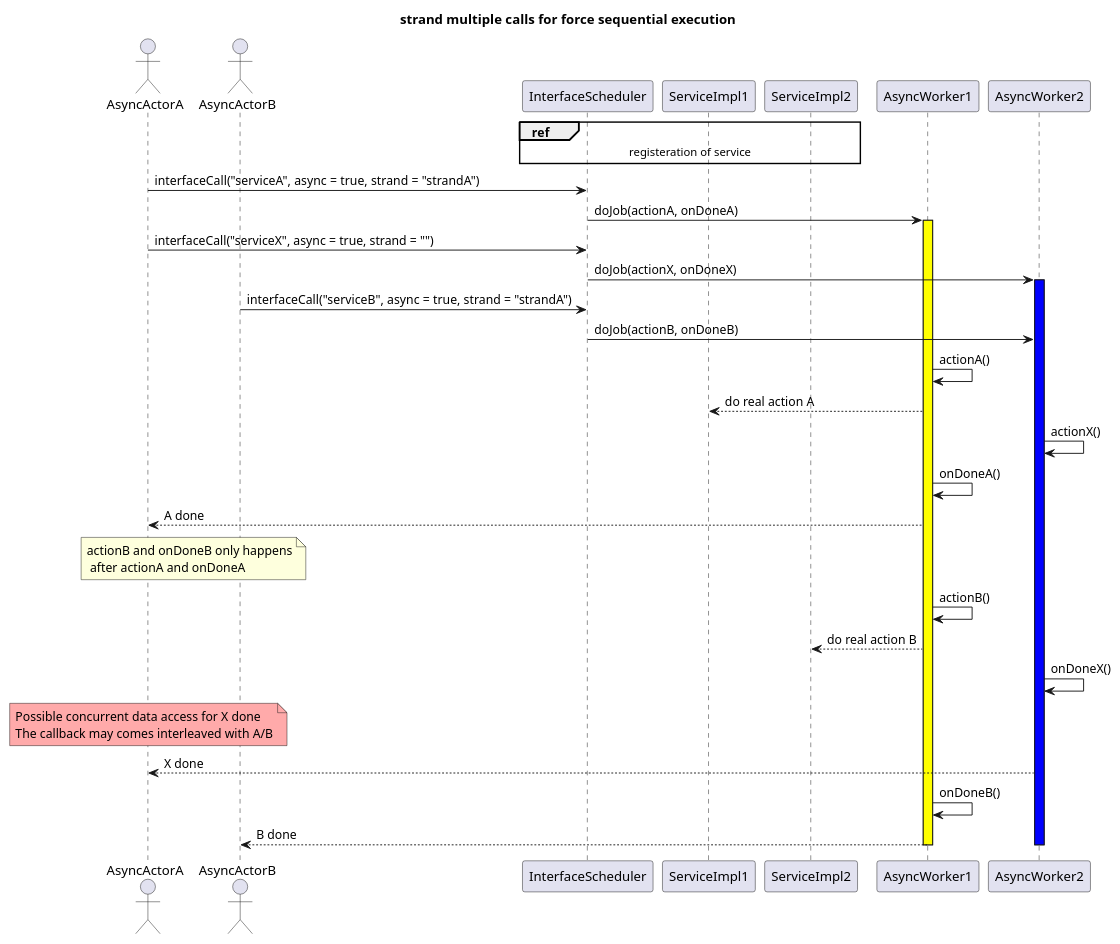
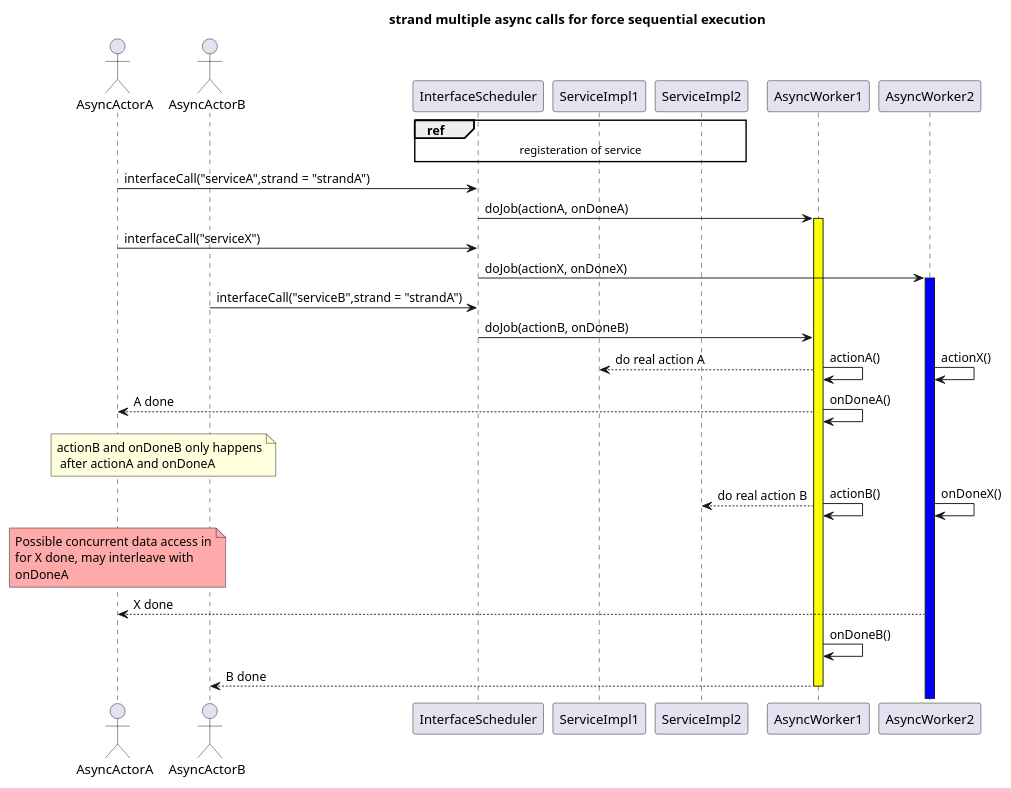
One commit to skyscribe/servicelib changed the diagram in docs/strandMultipleCallsAsSequential.pu. Above: the diagram before and after it, drawn with PlantUML. The commit also changed 15 other files, not shown here.

Commit message:
update docs using plantuml (previously was Visio)

```diff
--- a/docs/strandMultipleCallsAsSequential.pu
+++ b/docs/strandMultipleCallsAsSequential.pu
@@ -1,49 +1,49 @@
 @startuml
-title strand multiple calls for force sequential execution
-
+title strand multiple async calls for force sequential execution
+!pragma teoz true
 actor AsyncActorA
 actor AsyncActorB
 
 ref over InterfaceScheduler, ServiceImpl1, ServiceImpl2: registeration of service
 
-AsyncActorA -> InterfaceScheduler : interfaceCall("serviceA", async = true, strand = "strandA")
+AsyncActorA -> InterfaceScheduler : interfaceCall("serviceA",strand = "strandA")
 InterfaceScheduler -> AsyncWorker1 : doJob(actionA, onDoneA)
 activate AsyncWorker1 #Yellow
 
-AsyncActorA -> InterfaceScheduler : interfaceCall("serviceX", async = true, strand = "")
+AsyncActorA -> InterfaceScheduler : interfaceCall("serviceX")
 InterfaceScheduler -> AsyncWorker2 : doJob(actionX, onDoneX)
 activate AsyncWorker2 #Blue
 
-AsyncActorB -> InterfaceScheduler : interfaceCall("serviceB", async = true, strand = "strandA")
-InterfaceScheduler -> AsyncWorker2 : doJob(actionB, onDoneB)
+AsyncActorB -> InterfaceScheduler : interfaceCall("serviceB",strand = "strandA")
+InterfaceScheduler -> AsyncWorker1 : doJob(actionB, onDoneB)
 
 AsyncWorker1 -> AsyncWorker1: actionA()
-AsyncWorker1 --> ServiceImpl1 : do real action A
+& AsyncWorker1 --> ServiceImpl1 : do real action A
 
-AsyncWorker2 -> AsyncWorker2 : actionX()
+& AsyncWorker2 -> AsyncWorker2 : actionX()
 
 AsyncWorker1 -> AsyncWorker1: onDoneA()
-AsyncWorker1 --> AsyncActorA : A done
-
+& AsyncWorker1 --> AsyncActorA : A done
 note over AsyncActorA, AsyncActorB
     actionB and onDoneB only happens
      after actionA and onDoneA
 end note
 
 AsyncWorker1 -> AsyncWorker1: actionB()
-AsyncWorker1 --> ServiceImpl2 : do real action B
+& AsyncWorker1 --> ServiceImpl2 : do real action B
 
-AsyncWorker2 -> AsyncWorker2 : onDoneX()
+& AsyncWorker2 -> AsyncWorker2 : onDoneX()
 note over AsyncActorA #FFAAAA 
-    Possible concurrent data access for X done
-    The callback may comes interleaved with A/B
+    Possible concurrent data access in
+    for X done, may interleave with
+    onDoneA 
 end note
 
 AsyncWorker2 --> AsyncActorA : X done
 
 AsyncWorker1 -> AsyncWorker1: onDoneB()
 AsyncWorker1 --> AsyncActorB : B done
 
 deactivate AsyncWorker1
 deactivate AsyncWorker2
 @enduml
```
